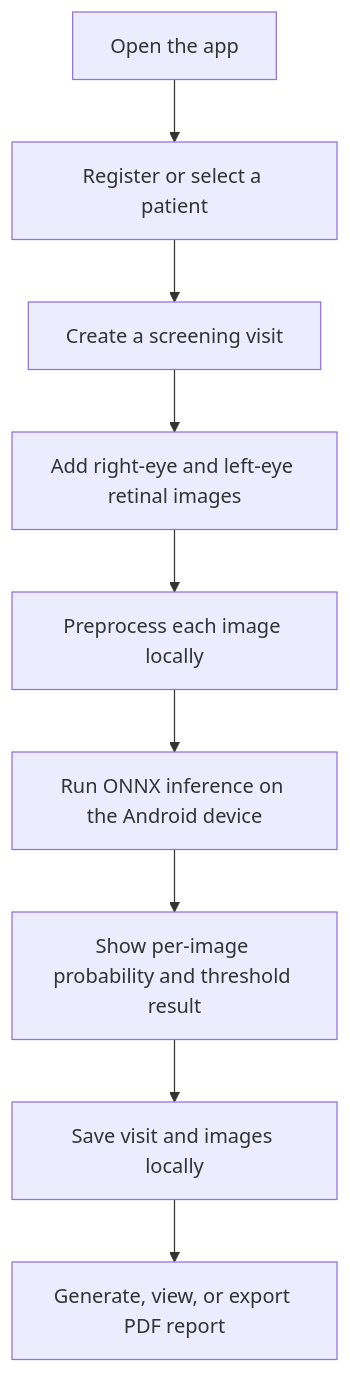
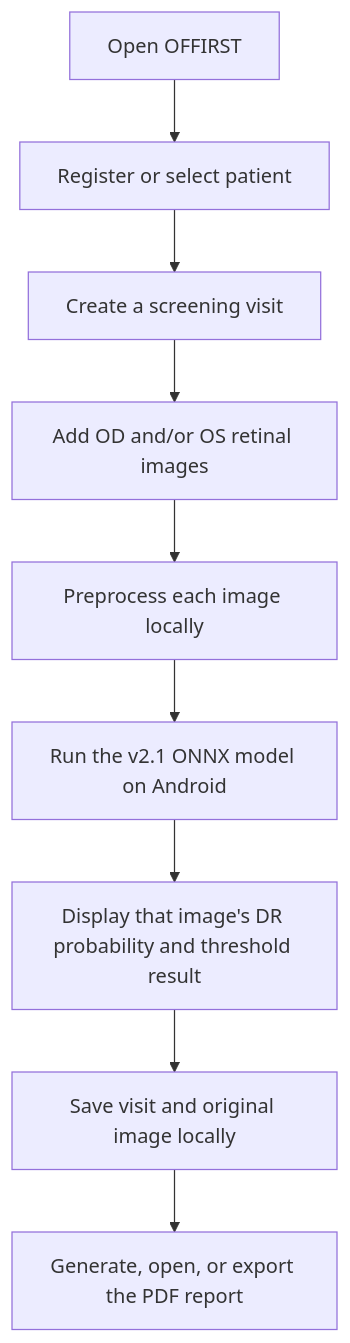
One commit to Mayank-gitspace/OFFIRST changed the first of 2 diagrams in README.md. Above: the diagram before and after it, drawn with Mermaid. The commit also changed other lines of this file and 15 other files, not shown here.

Commit message:
Make OFFIRST v2.1 the primary Android application

````diff
--- a/README.md
+++ b/README.md
@@ -58,11 +52,11 @@
 ```mermaid
 flowchart TD
-  A[Open the app] --> B[Register or select a patient]
-  B --> C[Create a screening visit]
-  C --> D[Add right-eye and left-eye retinal images]
-  D --> E[Preprocess each image locally]
-  E --> F[Run ONNX inference on the Android device]
-  F --> G[Show per-image probability and threshold result]
-  G --> H[Save visit and images locally]
-  H --> I[Generate, view, or export PDF report]
+    A[Open OFFIRST] --> B[Register or select patient]
+    B --> C[Create a screening visit]
+    C --> D[Add OD and/or OS retinal images]
+    D --> E[Preprocess each image locally]
+    E --> F[Run the v2.1 ONNX model on Android]
+    F --> G[Display that image's DR probability and threshold result]
+    G --> H[Save visit and original image locally]
+    H --> I[Generate, open, or export the PDF report]
 ```
````
